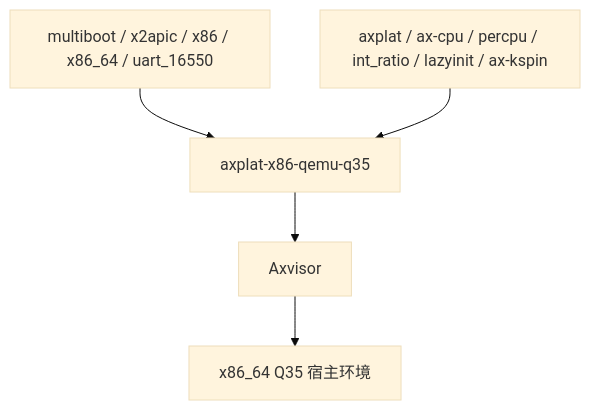
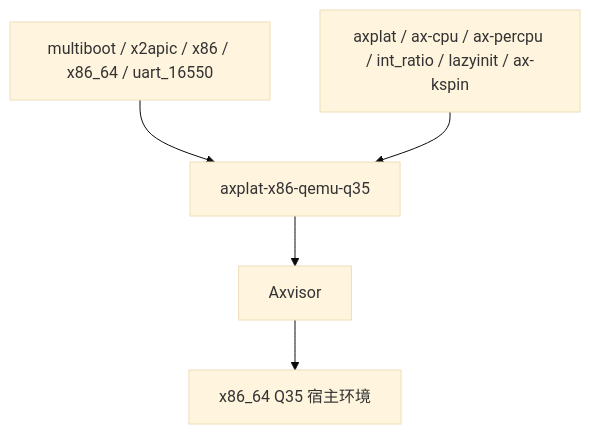
The second of 2 diagrams in docs/crates/axplat-x86-qemu-q35.md (zKurisu/tgoskits), drawn with Mermaid (base theme) before and after one commit. The commit also changed other lines of this file and 71 other files, not shown here.

````diff
--- a/docs/crates/axplat-x86-qemu-q35.md
+++ b/docs/crates/axplat-x86-qemu-q35.md
@@ -177,7 +177,7 @@
 ```mermaid
 graph TD
     A[multiboot / x2apic / x86 / x86_64 / uart_16550] --> B[axplat-x86-qemu-q35]
-    C[axplat / ax-cpu / percpu / int_ratio / lazyinit / ax-kspin] --> B
+    C[axplat / ax-cpu / ax-percpu / int_ratio / lazyinit / ax-kspin] --> B
     B --> D[Axvisor]
     D --> E[x86_64 Q35 宿主环境]
 ```
````
